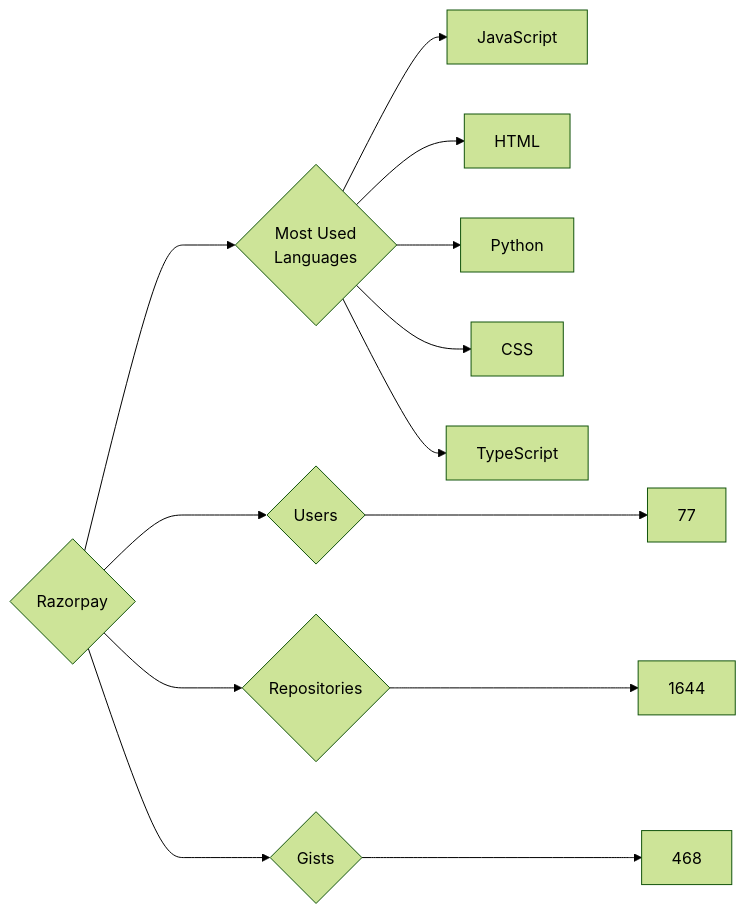
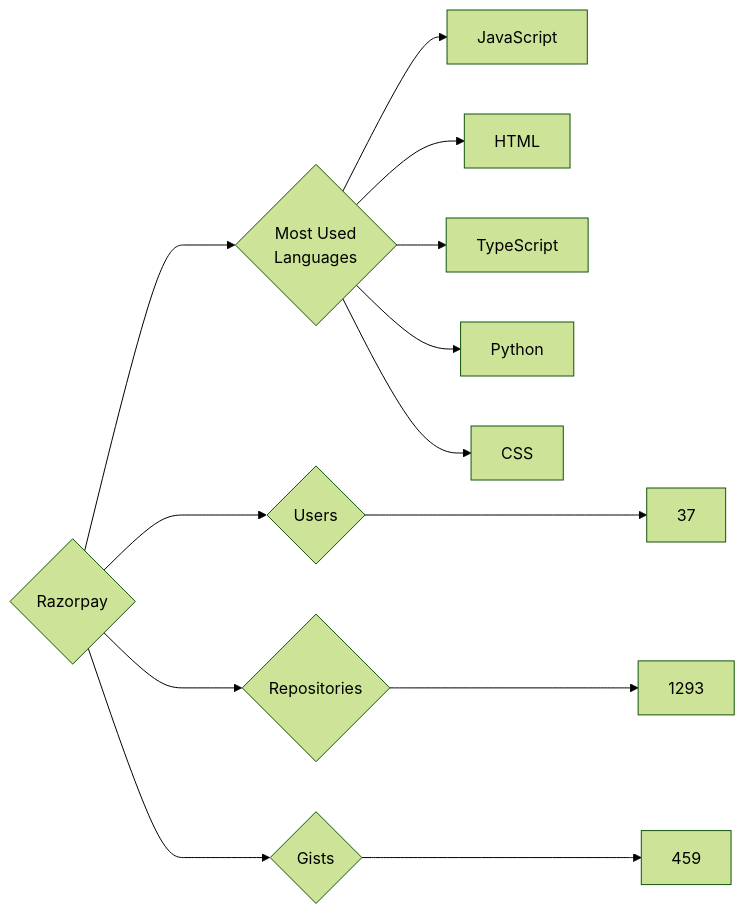
Before and after one commit to trickest/insiders: the diagram in targets/Razorpay/README.md, drawn with Mermaid (forest theme). The commit also changed 773 other files, not shown here.

````diff
--- a/targets/Razorpay/README.md
+++ b/targets/Razorpay/README.md
@@ -3,13 +3,13 @@
 ```mermaid
 graph LR
 COMPANY_NAME{Razorpay}
-COMPANY_NAME ---> U{Users} ---> UN[77]
-COMPANY_NAME ---> R{Repositories} ---> RN[1644]
-COMPANY_NAME ---> G{Gists} ---> GN[468]
+COMPANY_NAME ---> U{Users} ---> UN[37]
+COMPANY_NAME ---> R{Repositories} ---> RN[1293]
+COMPANY_NAME ---> G{Gists} ---> GN[459]
 COMPANY_NAME ---> ML{Most Used<br>Languages}
 ML --> JavaScript[JavaScript]
 ML --> HTML[HTML]
+ML --> TypeScript[TypeScript]
 ML --> Python[Python]
 ML --> CSS[CSS]
-ML --> TypeScript[TypeScript]
 ```
````
